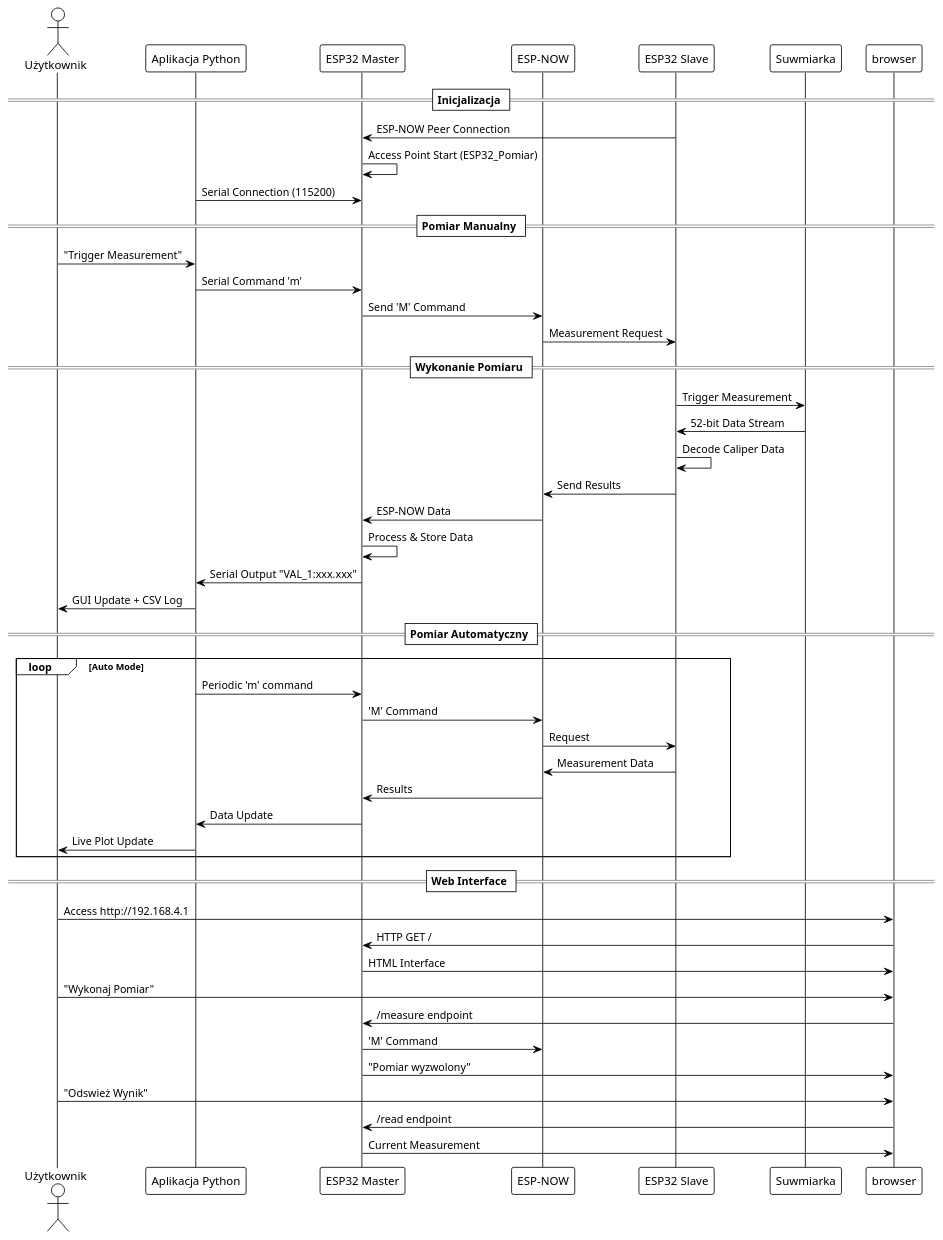
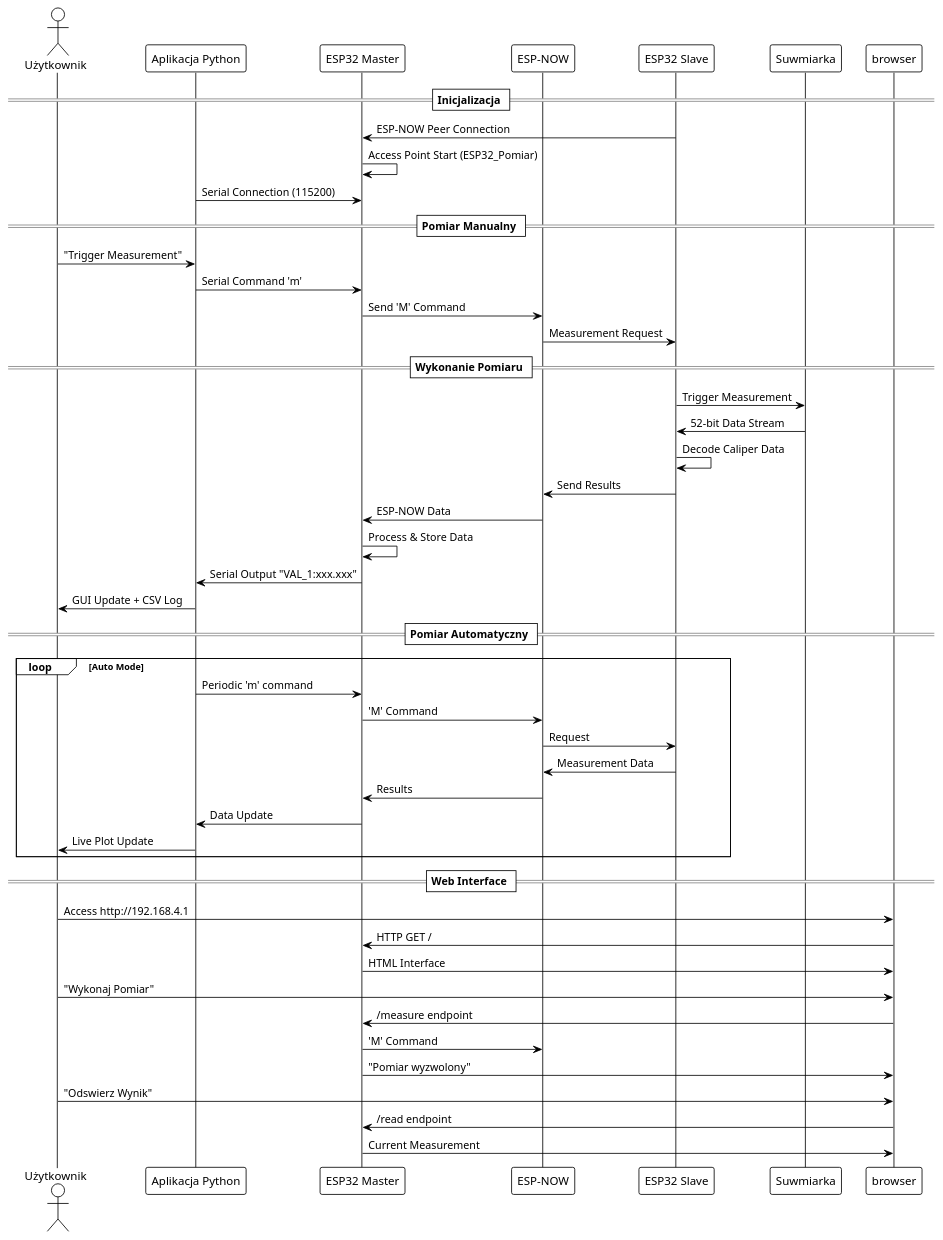
Before and after one commit to ciupakt/caliper: the second of 3 diagrams in README.md, drawn with PlantUML. The commit also changed other lines of this file and 4 other files, not shown here.

````diff
--- a/README.md
+++ b/README.md
@@ -70,55 +71,55 @@
 ```plantuml
 @startuml
 !theme plain
 actor "Użytkownik" as user
 participant "Aplikacja Python" as py
 participant "ESP32 Master" as master
 participant "ESP-NOW" as espnow
 participant "ESP32 Slave" as slave
 participant "Suwmiarka" as suw
 
 == Inicjalizacja ==
 slave -> master: ESP-NOW Peer Connection
 master -> master: Access Point Start (ESP32_Pomiar)
 py -> master: Serial Connection (115200)
 
 == Pomiar Manualny ==
 user -> py: "Trigger Measurement"
 py -> master: Serial Command 'm'
 master -> espnow: Send 'M' Command
 espnow -> slave: Measurement Request
 
 == Wykonanie Pomiaru ==
 slave -> suw: Trigger Measurement
 suw -> slave: 52-bit Data Stream
 slave -> slave: Decode Caliper Data
 slave -> espnow: Send Results
 espnow -> master: ESP-NOW Data
 master -> master: Process & Store Data
 master -> py: Serial Output "VAL_1:xxx.xxx"
 py -> user: GUI Update + CSV Log
 
 == Pomiar Automatyczny ==
 loop Auto Mode
   py -> master: Periodic 'm' command
   master -> espnow: 'M' Command
   espnow -> slave: Request
   slave -> espnow: Measurement Data
   espnow -> master: Results
   master -> py: Data Update
   py -> user: Live Plot Update
 end
 
 == Web Interface ==
 user -> browser: Access http://192.168.4.1
 browser -> master: HTTP GET /
 master -> browser: HTML Interface
 user -> browser: "Wykonaj Pomiar"
 browser -> master: /measure endpoint
 master -> espnow: 'M' Command
 master -> browser: "Pomiar wyzwolony"
-user -> browser: "Odswież Wynik"
+user -> browser: "Odswierz Wynik"
 browser -> master: /read endpoint
 master -> browser: Current Measurement
 @enduml
 ```
````
